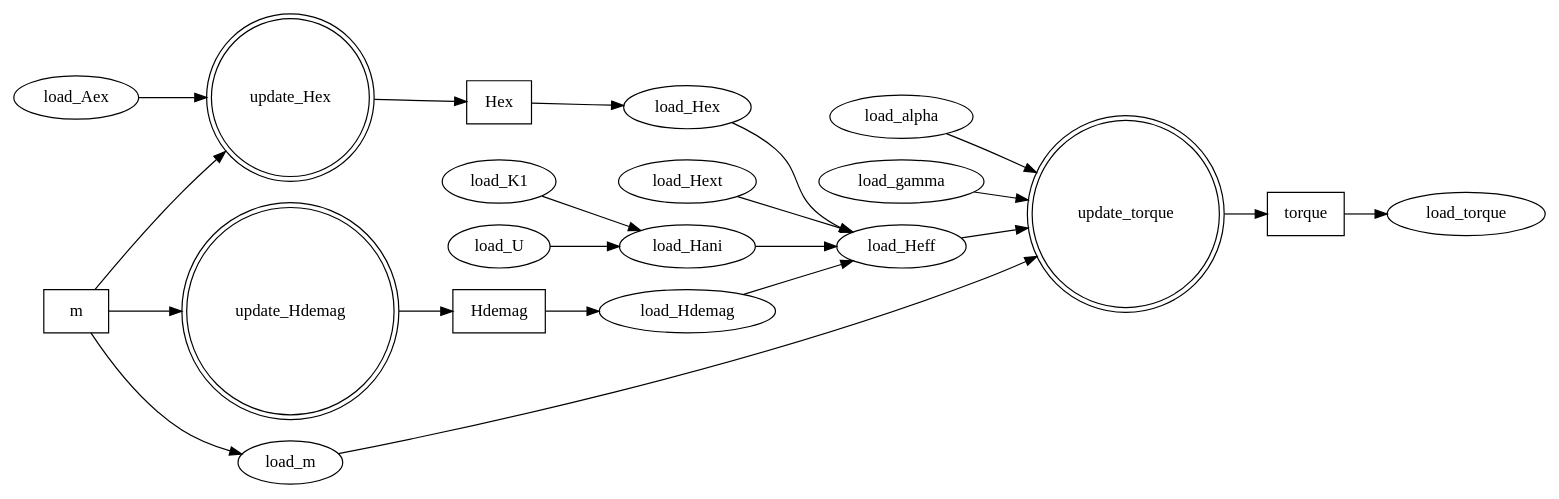
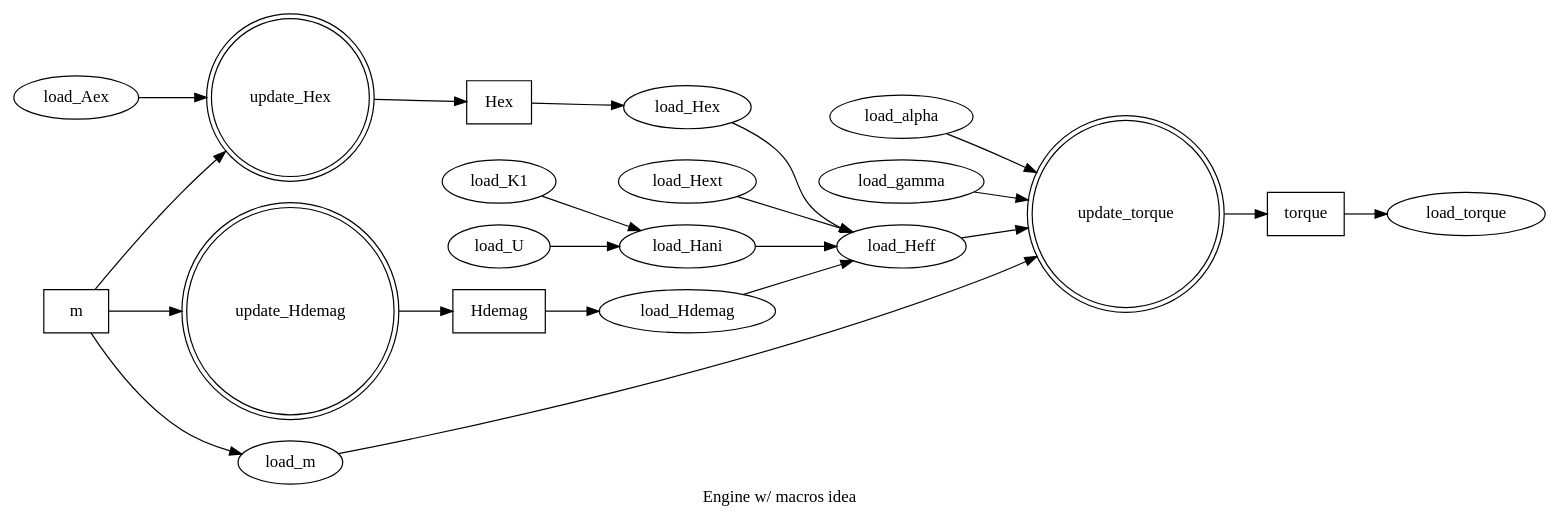
One commit to mumax/3 changed the diagram in whiteboard/engine.dot. Above: the diagram before and after it, drawn with Graphviz. The commit also changed 2 other files, not shown here.

```diff
--- a/whiteboard/engine.dot
+++ b/whiteboard/engine.dot
@@ -1,54 +1,56 @@
 digraph engine{
+
+label="Engine w/ macros idea"
 
 rankdir=LR
 
 node [ shape = "oval" ]
 
 #Action[shape="oval"]
 #in1->Action->out1
 #in2->Action->out2
 
 update_torque[shape="doublecircle"]
 torque[shape="rect"]
 load_torque
 update_torque->torque
 torque->load_torque
 load_torque[rank=sink]
 
 load_alpha->update_torque
 load_gamma->update_torque
 
 load_Hext
 load_Hext->load_Heff
 
 m[shape="rect"]
 m[rank="source"]
 m->load_m
 load_m->update_torque
 
 #solver[shape="doublecircle" style="filled"]
 #load_torque->solver
 #solver->m
 
 load_Hani->load_Heff
 load_K1->load_Hani
 load_U->load_Hani
 
 update_Hdemag[shape="doublecircle"]
 Hdemag[shape="rect"]
 update_Hdemag->Hdemag
 Hdemag->load_Hdemag
 m->update_Hdemag
 load_Hdemag->load_Heff
 
 update_Hex[shape="doublecircle"]
 Hex[shape="rect"]
 update_Hex->Hex
 Hex->load_Hex
 m->update_Hex
 load_Hex->load_Heff
 load_Aex->update_Hex
 
 load_Heff
 load_Heff->update_torque
 }
```
